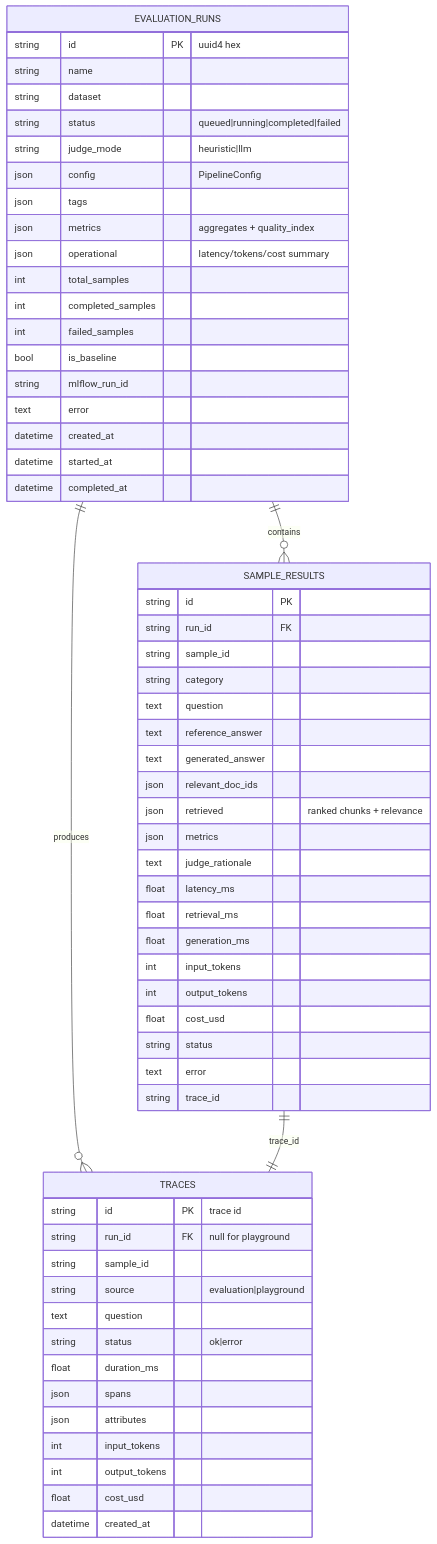
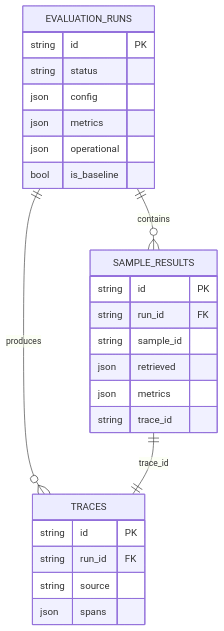
One commit to SuriyaKannimuthu/raglens-ai changed the seventh of 8 diagrams in docs/technical-design.md. Above: the diagram before and after it, drawn with Mermaid. The commit also changed other lines of this file and 3 other files, not shown here.

````diff
--- a/docs/technical-design.md
+++ b/docs/technical-design.md
@@ -720,64 +705,28 @@
 ```mermaid
 erDiagram
-    EVALUATION_RUNS ||--o{ SAMPLE_RESULTS : contains
-    EVALUATION_RUNS ||--o{ TRACES : produces
+    EVALUATION_RUNS ||--o{ SAMPLE_RESULTS : "contains"
+    EVALUATION_RUNS ||--o{ TRACES : "produces"
     SAMPLE_RESULTS ||--|| TRACES : "trace_id"
-
     EVALUATION_RUNS {
-        string id PK "uuid4 hex"
-        string name
-        string dataset
-        string status "queued|running|completed|failed"
-        string judge_mode "heuristic|llm"
-        json config "PipelineConfig"
-        json tags
-        json metrics "aggregates + quality_index"
-        json operational "latency/tokens/cost summary"
-        int total_samples
-        int completed_samples
-        int failed_samples
+        string id PK
+        string status
+        json config
+        json metrics
+        json operational
         bool is_baseline
-        string mlflow_run_id
-        text error
-        datetime created_at
-        datetime started_at
-        datetime completed_at
     }
     SAMPLE_RESULTS {
         string id PK
         string run_id FK
         string sample_id
-        string category
-        text question
-        text reference_answer
-        text generated_answer
-        json relevant_doc_ids
-        json retrieved "ranked chunks + relevance"
+        json retrieved
         json metrics
-        text judge_rationale
-        float latency_ms
-        float retrieval_ms
-        float generation_ms
-        int input_tokens
-        int output_tokens
-        float cost_usd
-        string status
-        text error
         string trace_id
     }
     TRACES {
-        string id PK "trace id"
-        string run_id FK "null for playground"
-        string sample_id
-        string source "evaluation|playground"
-        text question
-        string status "ok|error"
-        float duration_ms
+        string id PK
+        string run_id FK
+        string source
         json spans
-        json attributes
-        int input_tokens
-        int output_tokens
-        float cost_usd
-        datetime created_at
     }
 ```
````
